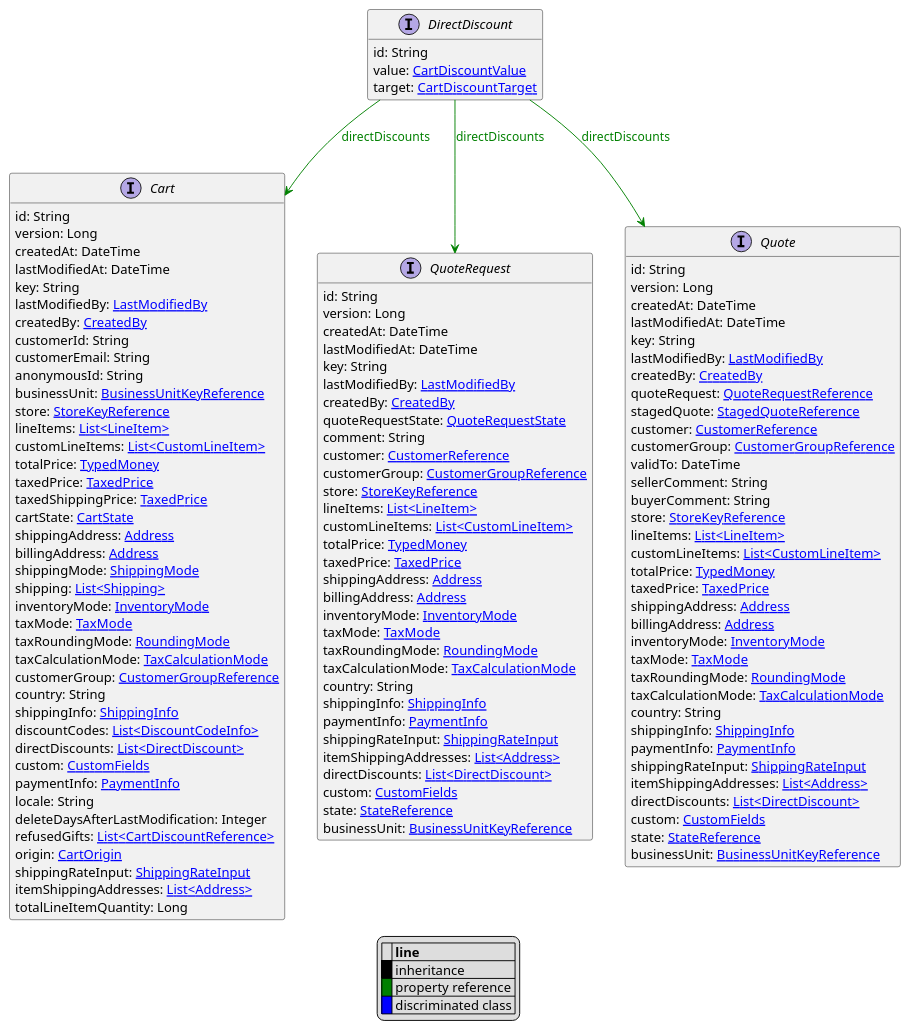
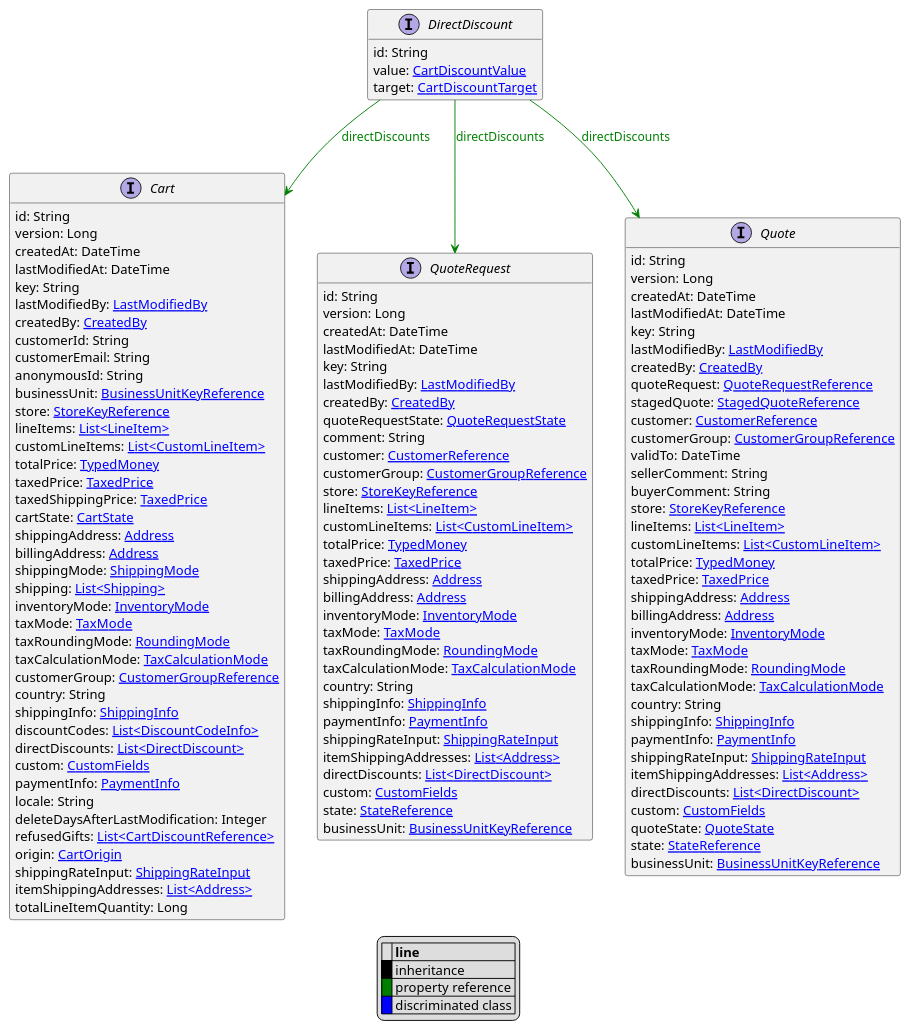
One commit to commercetools/commercetools-api-reference changed the diagram in uml/api/DirectDiscount.puml. Above: the diagram before and after it, drawn with PlantUML. The commit also changed 58 other files, not shown here.

```diff
--- a/uml/api/DirectDiscount.puml
+++ b/uml/api/DirectDiscount.puml
@@ -1,134 +1,135 @@
 @startuml
 
 hide empty fields
 hide empty methods
 legend
 |= |= line |
 |<back:black>   </back>| inheritance |
 |<back:green>   </back>| property reference |
 |<back:blue>   </back>| discriminated class |
 endlegend
 interface DirectDiscount [[DirectDiscount.svg]]  {
     id: String
     value: [[CartDiscountValue.svg CartDiscountValue]]
     target: [[CartDiscountTarget.svg CartDiscountTarget]]
 }
 
 
 
 interface Cart [[Cart.svg]]  {
     id: String
     version: Long
     createdAt: DateTime
     lastModifiedAt: DateTime
     key: String
     lastModifiedBy: [[LastModifiedBy.svg LastModifiedBy]]
     createdBy: [[CreatedBy.svg CreatedBy]]
     customerId: String
     customerEmail: String
     anonymousId: String
     businessUnit: [[BusinessUnitKeyReference.svg BusinessUnitKeyReference]]
     store: [[StoreKeyReference.svg StoreKeyReference]]
     lineItems: [[LineItem.svg List<LineItem>]]
     customLineItems: [[CustomLineItem.svg List<CustomLineItem>]]
     totalPrice: [[TypedMoney.svg TypedMoney]]
     taxedPrice: [[TaxedPrice.svg TaxedPrice]]
     taxedShippingPrice: [[TaxedPrice.svg TaxedPrice]]
     cartState: [[CartState.svg CartState]]
     shippingAddress: [[Address.svg Address]]
     billingAddress: [[Address.svg Address]]
     shippingMode: [[ShippingMode.svg ShippingMode]]
     shipping: [[Shipping.svg List<Shipping>]]
     inventoryMode: [[InventoryMode.svg InventoryMode]]
     taxMode: [[TaxMode.svg TaxMode]]
     taxRoundingMode: [[RoundingMode.svg RoundingMode]]
     taxCalculationMode: [[TaxCalculationMode.svg TaxCalculationMode]]
     customerGroup: [[CustomerGroupReference.svg CustomerGroupReference]]
     country: String
     shippingInfo: [[ShippingInfo.svg ShippingInfo]]
     discountCodes: [[DiscountCodeInfo.svg List<DiscountCodeInfo>]]
     directDiscounts: [[DirectDiscount.svg List<DirectDiscount>]]
     custom: [[CustomFields.svg CustomFields]]
     paymentInfo: [[PaymentInfo.svg PaymentInfo]]
     locale: String
     deleteDaysAfterLastModification: Integer
     refusedGifts: [[CartDiscountReference.svg List<CartDiscountReference>]]
     origin: [[CartOrigin.svg CartOrigin]]
     shippingRateInput: [[ShippingRateInput.svg ShippingRateInput]]
     itemShippingAddresses: [[Address.svg List<Address>]]
     totalLineItemQuantity: Long
 }
 interface QuoteRequest [[QuoteRequest.svg]]  {
     id: String
     version: Long
     createdAt: DateTime
     lastModifiedAt: DateTime
     key: String
     lastModifiedBy: [[LastModifiedBy.svg LastModifiedBy]]
     createdBy: [[CreatedBy.svg CreatedBy]]
     quoteRequestState: [[QuoteRequestState.svg QuoteRequestState]]
     comment: String
     customer: [[CustomerReference.svg CustomerReference]]
     customerGroup: [[CustomerGroupReference.svg CustomerGroupReference]]
     store: [[StoreKeyReference.svg StoreKeyReference]]
     lineItems: [[LineItem.svg List<LineItem>]]
     customLineItems: [[CustomLineItem.svg List<CustomLineItem>]]
     totalPrice: [[TypedMoney.svg TypedMoney]]
     taxedPrice: [[TaxedPrice.svg TaxedPrice]]
     shippingAddress: [[Address.svg Address]]
     billingAddress: [[Address.svg Address]]
     inventoryMode: [[InventoryMode.svg InventoryMode]]
     taxMode: [[TaxMode.svg TaxMode]]
     taxRoundingMode: [[RoundingMode.svg RoundingMode]]
     taxCalculationMode: [[TaxCalculationMode.svg TaxCalculationMode]]
     country: String
     shippingInfo: [[ShippingInfo.svg ShippingInfo]]
     paymentInfo: [[PaymentInfo.svg PaymentInfo]]
     shippingRateInput: [[ShippingRateInput.svg ShippingRateInput]]
     itemShippingAddresses: [[Address.svg List<Address>]]
     directDiscounts: [[DirectDiscount.svg List<DirectDiscount>]]
     custom: [[CustomFields.svg CustomFields]]
     state: [[StateReference.svg StateReference]]
     businessUnit: [[BusinessUnitKeyReference.svg BusinessUnitKeyReference]]
 }
 interface Quote [[Quote.svg]]  {
     id: String
     version: Long
     createdAt: DateTime
     lastModifiedAt: DateTime
     key: String
     lastModifiedBy: [[LastModifiedBy.svg LastModifiedBy]]
     createdBy: [[CreatedBy.svg CreatedBy]]
     quoteRequest: [[QuoteRequestReference.svg QuoteRequestReference]]
     stagedQuote: [[StagedQuoteReference.svg StagedQuoteReference]]
     customer: [[CustomerReference.svg CustomerReference]]
     customerGroup: [[CustomerGroupReference.svg CustomerGroupReference]]
     validTo: DateTime
     sellerComment: String
     buyerComment: String
     store: [[StoreKeyReference.svg StoreKeyReference]]
     lineItems: [[LineItem.svg List<LineItem>]]
     customLineItems: [[CustomLineItem.svg List<CustomLineItem>]]
     totalPrice: [[TypedMoney.svg TypedMoney]]
     taxedPrice: [[TaxedPrice.svg TaxedPrice]]
     shippingAddress: [[Address.svg Address]]
     billingAddress: [[Address.svg Address]]
     inventoryMode: [[InventoryMode.svg InventoryMode]]
     taxMode: [[TaxMode.svg TaxMode]]
     taxRoundingMode: [[RoundingMode.svg RoundingMode]]
     taxCalculationMode: [[TaxCalculationMode.svg TaxCalculationMode]]
     country: String
     shippingInfo: [[ShippingInfo.svg ShippingInfo]]
     paymentInfo: [[PaymentInfo.svg PaymentInfo]]
     shippingRateInput: [[ShippingRateInput.svg ShippingRateInput]]
     itemShippingAddresses: [[Address.svg List<Address>]]
     directDiscounts: [[DirectDiscount.svg List<DirectDiscount>]]
     custom: [[CustomFields.svg CustomFields]]
+    quoteState: [[QuoteState.svg QuoteState]]
     state: [[StateReference.svg StateReference]]
     businessUnit: [[BusinessUnitKeyReference.svg BusinessUnitKeyReference]]
 }
 
 DirectDiscount --> Cart #green;text:green : "directDiscounts"
 DirectDiscount --> QuoteRequest #green;text:green : "directDiscounts"
 DirectDiscount --> Quote #green;text:green : "directDiscounts"
 @enduml
```
